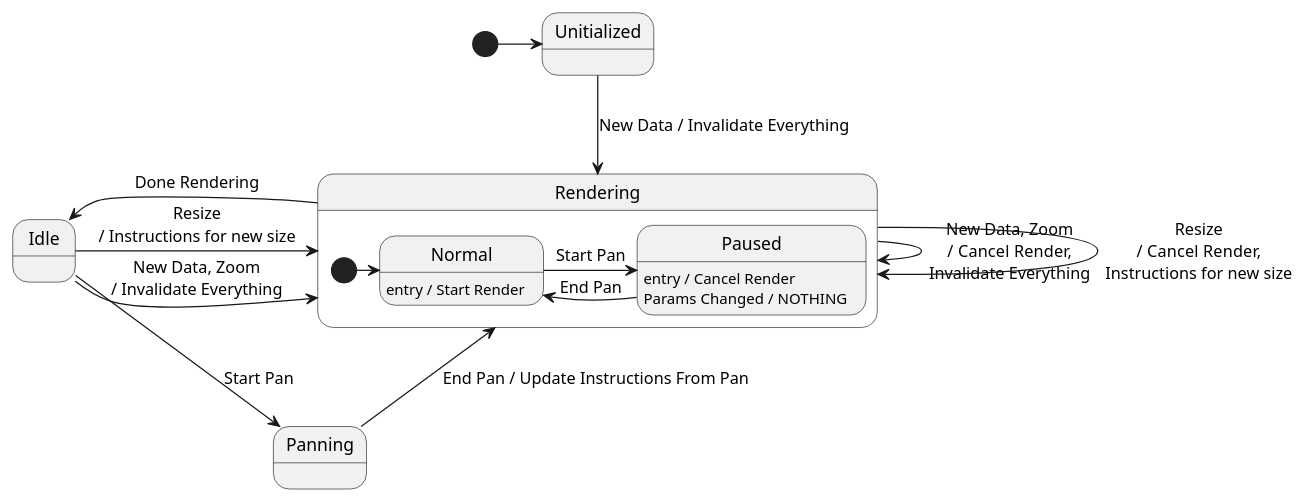
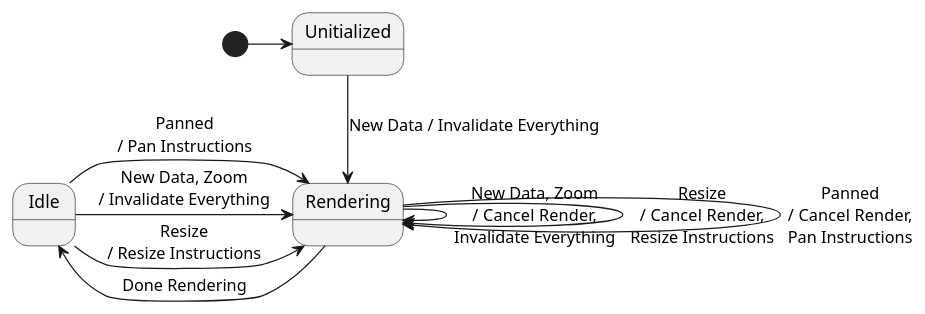
The diagram in src/BoundaryFinder/Renderer.plantuml (davidaramant/buddhabrot), drawn with PlantUML before and after one commit. The commit also changed 1 other file, not shown here.

Commit message:
Vaguely working panning, but this is a disaster

```diff
--- a/src/BoundaryFinder/Renderer.plantuml
+++ b/src/BoundaryFinder/Renderer.plantuml
@@ -1,39 +1,27 @@
 @startuml Renderer
 
 ' Events:
 ' - New Data
 ' - Resize
 ' - Zoom
-' - Start Pan
-' - End Pan
+' - Panned
 ' - Done Rendering
 
 state Unitialized
 state Idle
-state Panning
-state Rendering {
-    state Normal : entry / Start Render
-    state Paused : entry / Cancel Render
-    state Paused : Params Changed / NOTHING
-    [*] -> Normal
-    Normal -> Paused : Start Pan
-    Paused -> Normal : End Pan
-}
+state Rendering
 
 [*] -> Unitialized
 
 Unitialized -d-> Rendering : New Data / Invalidate Everything
 
 Rendering -> Rendering : New Data, Zoom\n/ Cancel Render,\nInvalidate Everything
-Rendering -> Rendering : Resize\n/ Cancel Render,\nInstructions for new size
+Rendering -> Rendering : Resize\n/ Cancel Render,\nResize Instructions
+Rendering -> Rendering : Panned\n/ Cancel Render,\nPan Instructions
 Rendering -l-> Idle : Done Rendering
 
-Idle -d-> Panning : Start Pan
 Idle -> Rendering : New Data, Zoom\n/ Invalidate Everything
-Idle -> Rendering : Resize\n/ Instructions for new size
-
-Panning -u-> Rendering : End Pan / Update Instructions From Pan
-
-
+Idle -> Rendering : Resize\n/ Resize Instructions
+Idle -> Rendering : Panned\n/ Pan Instructions
 
 @enduml
```
